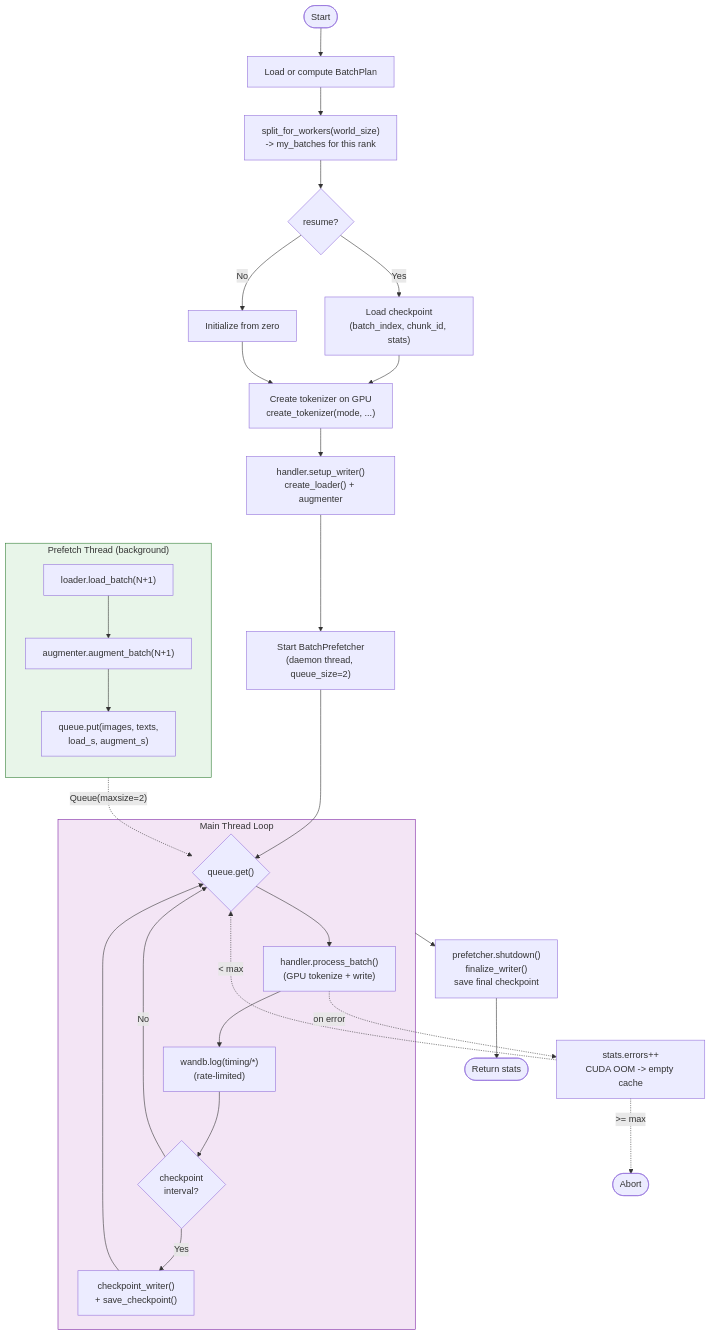
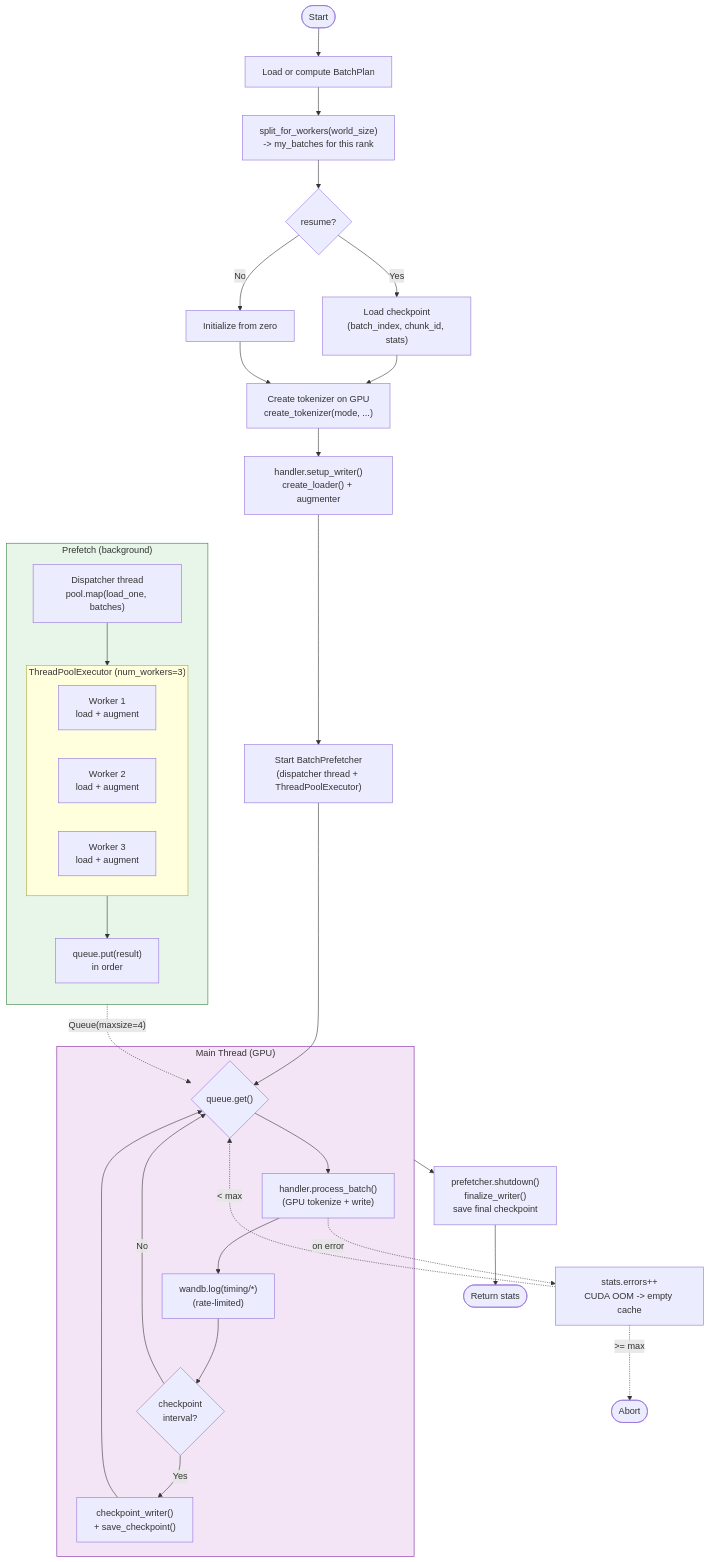
One commit to swiss-ai/benchmark-image-tokenzier changed the fifth of 11 diagrams in vision_tokenization/README.md. Above: the diagram before and after it, drawn with Mermaid. The commit also changed other lines of this file and 27 other files, not shown here.

````diff
--- a/vision_tokenization/README.md
+++ b/vision_tokenization/README.md
@@ -346,46 +346,55 @@
 ```mermaid
 flowchart TD
     Start([Start]) --> LoadPlan["Load or compute BatchPlan"]
     LoadPlan --> Split["split_for_workers(world_size)<br/>-> my_batches for this rank"]
     Split --> Resume{"resume?"}
 
     Resume -->|Yes| LoadCkpt["Load checkpoint<br/>(batch_index, chunk_id, stats)"]
     Resume -->|No| InitStats["Initialize from zero"]
     LoadCkpt & InitStats --> CreateTok
 
     CreateTok["Create tokenizer on GPU<br/>create_tokenizer(mode, ...)"]
     CreateTok --> Setup["handler.setup_writer()<br/>create_loader() + augmenter"]
-    Setup --> StartPrefetch["Start BatchPrefetcher<br/>(daemon thread, queue_size=2)"]
+    Setup --> StartPrefetch["Start BatchPrefetcher<br/>(dispatcher thread + ThreadPoolExecutor)"]
     StartPrefetch --> LoopStart
 
-    subgraph PrefetchThread["Prefetch Thread (background)"]
+    subgraph PrefetchThread["Prefetch (background)"]
         direction TB
-        PF_Load["loader.load_batch(N+1)"] --> PF_Aug["augmenter.augment_batch(N+1)"]
-        PF_Aug --> PF_Queue["queue.put(images, texts,<br/>load_s, augment_s)"]
+        DISPATCH["Dispatcher thread<br/>pool.map(load_one, batches)"]
+
+        subgraph Pool["ThreadPoolExecutor (num_workers=3)"]
+            direction LR
+            W1["Worker 1<br/>load + augment"]
+            W2["Worker 2<br/>load + augment"]
+            W3["Worker 3<br/>load + augment"]
+        end
+
+        DISPATCH --> Pool
+        Pool --> PF_Queue["queue.put(result)<br/>in order"]
     end
 
-    subgraph MainLoop["Main Thread Loop"]
+    subgraph MainLoop["Main Thread (GPU)"]
         LoopStart{"queue.get()"} --> Process["handler.process_batch()<br/>(GPU tokenize + write)"]
         Process --> WandB["wandb.log(timing/*)<br/>(rate-limited)"]
         WandB --> ChkPt{"checkpoint<br/>interval?"}
         ChkPt -->|Yes| DoChkPt["checkpoint_writer()<br/>+ save_checkpoint()"]
         ChkPt -->|No| LoopStart
         DoChkPt --> LoopStart
     end
 
-    PF_Queue -.->|"Queue(maxsize=2)"| LoopStart
+    PF_Queue -.->|"Queue(maxsize=4)"| LoopStart
 
     Process -.->|"on error"| ErrHandle["stats.errors++<br/>CUDA OOM -> empty cache"]
     ErrHandle -.->|"< max"| LoopStart
     ErrHandle -.->|">= max"| Abort([Abort])
 
     MainLoop --> Finalize["prefetcher.shutdown()<br/>finalize_writer()<br/>save final checkpoint"]
     Finalize --> Done([Return stats])
 
     click LoadPlan href "https://github.com/swiss-ai/benchmark-image-tokenzier/blob/main/vision_tokenization/pipelines/distributed/core.py"
     click CreateTok href "https://github.com/swiss-ai/benchmark-image-tokenzier/blob/main/vision_tokenization/vokenizers/emu/__init__.py"
     click StartPrefetch href "https://github.com/swiss-ai/benchmark-image-tokenzier/blob/main/vision_tokenization/pipelines/distributed/prefetch.py"
 
     style PrefetchThread fill:#e8f5e9,stroke:#2E7D32
     style MainLoop fill:#f3e5f5,stroke:#7B1FA2
 ```
````
